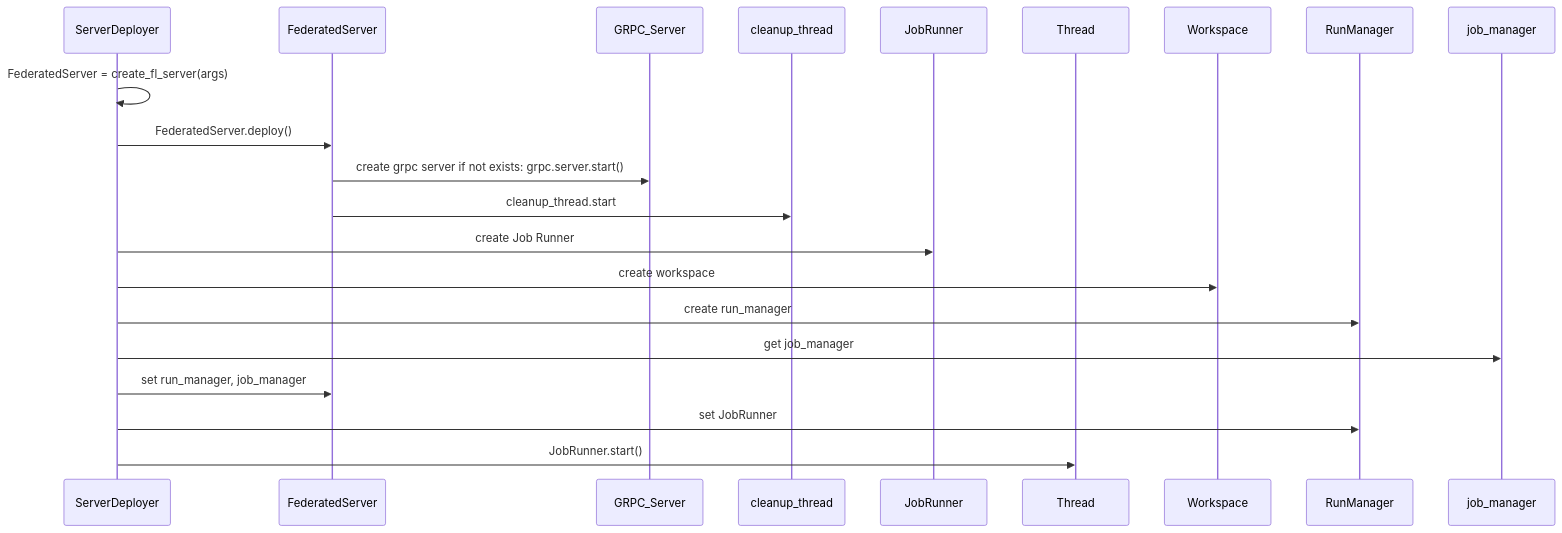
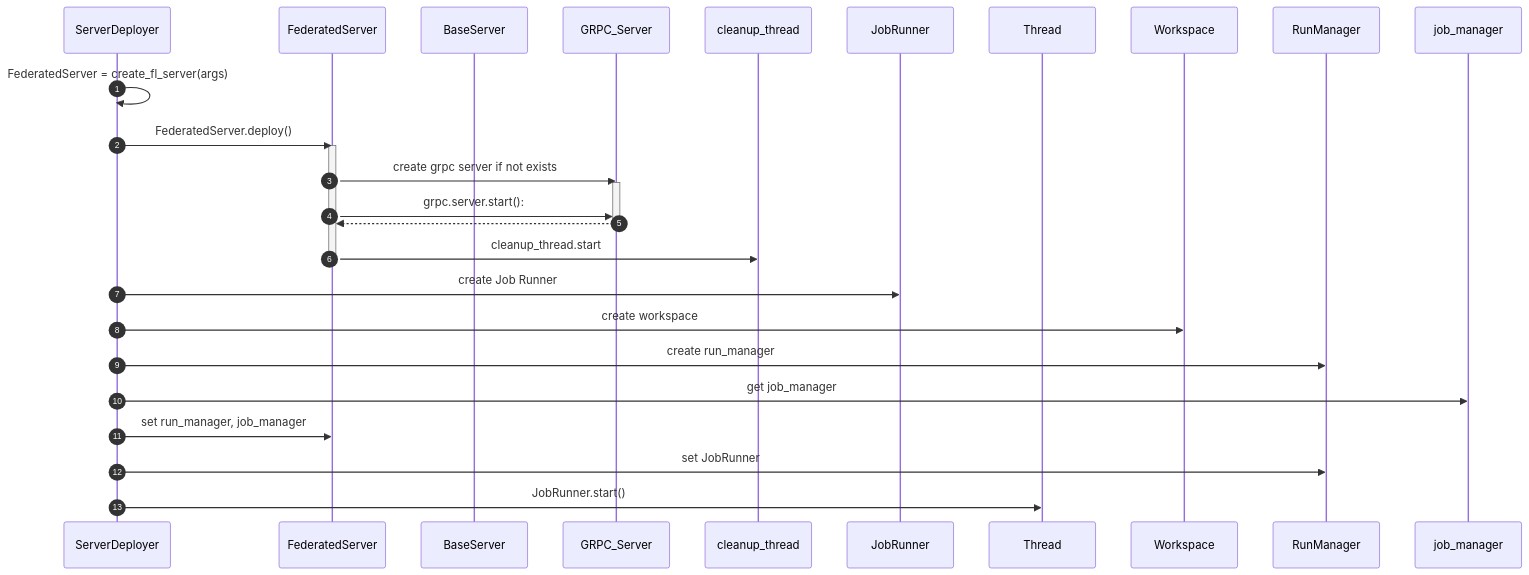
The fifth of 16 diagrams in docs/system_state_and_flow/system_workflow.md (hitesh-ag1/NVFlare), drawn with Mermaid before and after one commit. The commit also changed other lines of this file, not shown here.

````diff
--- a/docs/system_state_and_flow/system_workflow.md
+++ b/docs/system_state_and_flow/system_workflow.md
@@ -139,22 +144,31 @@
 ```mermaid
 sequenceDiagram
+    autonumber
     participant ServerDeployer
     participant FederatedServer
+    participant BaseServer
     participant GRPC_Server
     participant cleanup_thread
     participant JobRunner
     participant Thread
  
     ServerDeployer ->>  ServerDeployer: FederatedServer = create_fl_server(args)
     ServerDeployer ->>  FederatedServer: FederatedServer.deploy()
-    FederatedServer ->> GRPC_Server: create grpc server if not exists: grpc.server.start()
+    activate FederatedServer
+    FederatedServer ->> GRPC_Server: create grpc server if not exists
+    activate GRPC_Server
+    FederatedServer ->> GRPC_Server : grpc.server.start(): 
+    GRPC_Server -->> FederatedServer: 
+    deactivate GRPC_Server
     FederatedServer ->> cleanup_thread: cleanup_thread.start
+    deactivate FederatedServer
+    
     ServerDeployer ->> JobRunner: create Job Runner
     ServerDeployer ->> Workspace: create workspace 
     ServerDeployer ->> RunManager: create run_manager
     ServerDeployer ->> job_manager: get job_manager
     ServerDeployer ->> FederatedServer: set run_manager, job_manager
     ServerDeployer ->> RunManager: set JobRunner
     ServerDeployer ->> Thread: JobRunner.start()
      
 ```
````
